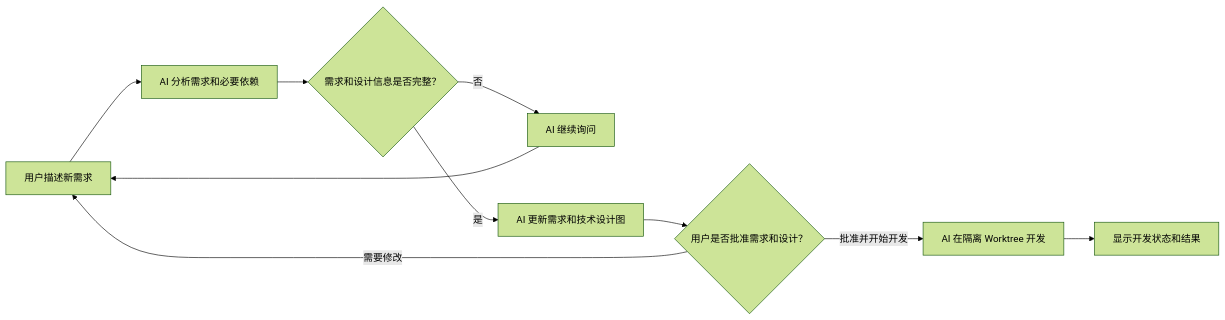
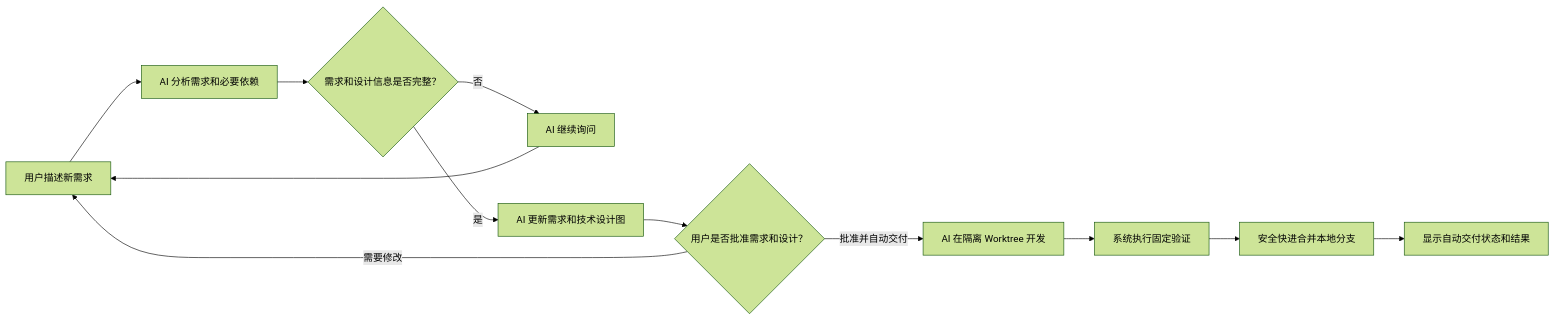
The diagram in doc/first-milestone.md (Gohoy/code-review), drawn with Mermaid (forest theme) before and after one commit. The commit also changed other lines of this file and 10 other files, not shown here.

````diff
--- a/doc/first-milestone.md
+++ b/doc/first-milestone.md
@@ -11,12 +11,14 @@
 ```mermaid
 flowchart LR
     U["用户描述新需求"] --> A["AI 分析需求和必要依赖"]
     A --> D{"需求和设计信息是否完整？"}
     D -->|"否"| Q["AI 继续询问"]
     Q --> U
     D -->|"是"| P["AI 更新需求和技术设计图"]
     P --> R{"用户是否批准需求和设计？"}
     R -->|"需要修改"| U
-    R -->|"批准并开始开发"| I["AI 在隔离 Worktree 开发"]
-    I --> O["显示开发状态和结果"]
+    R -->|"批准并自动交付"| I["AI 在隔离 Worktree 开发"]
+    I --> V["系统执行固定验证"]
+    V --> M["安全快进合并本地分支"]
+    M --> O["显示自动交付状态和结果"]
 ```
````
